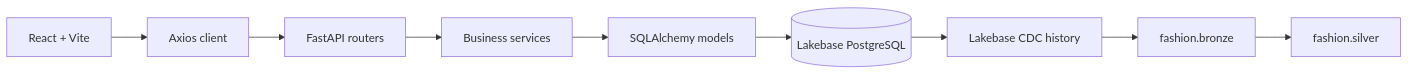
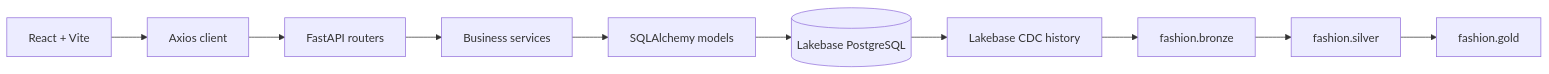
One commit to mewmewancut/DALN changed the diagram in docs/ARCHITECTURE.md. Above: the diagram before and after it, drawn with Mermaid. The commit also changed other lines of this file and 18 other files, not shown here.

````diff
--- a/docs/ARCHITECTURE.md
+++ b/docs/ARCHITECTURE.md
@@ -8,11 +8,12 @@
 ```mermaid
 flowchart LR
     Browser[React + Vite] --> Client[Axios client]
     Client --> API[FastAPI routers]
     API --> Services[Business services]
     Services --> Models[SQLAlchemy models]
     Models --> DB[(Lakebase PostgreSQL)]
     DB --> CDC[Lakebase CDC history]
     CDC --> Bronze[fashion.bronze]
     Bronze --> Silver[fashion.silver]
+    Silver --> Gold[fashion.gold]
 ```
````
